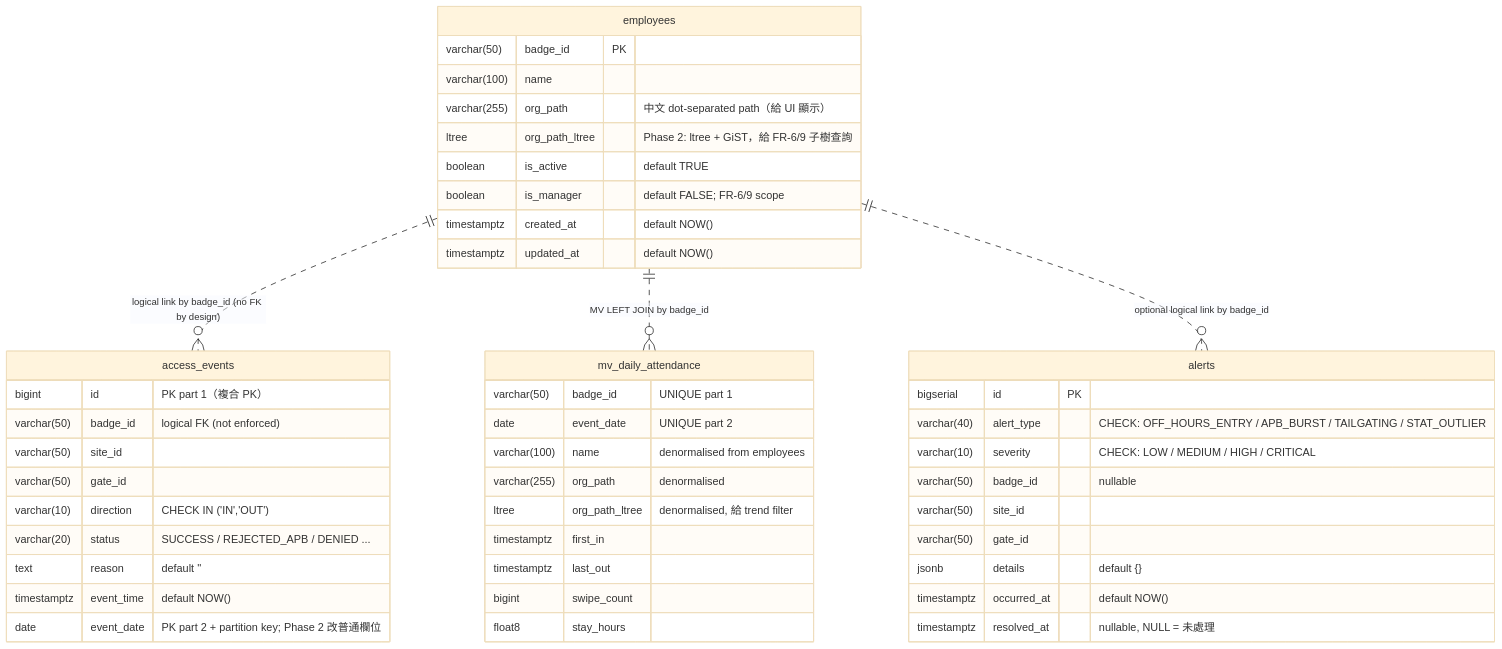
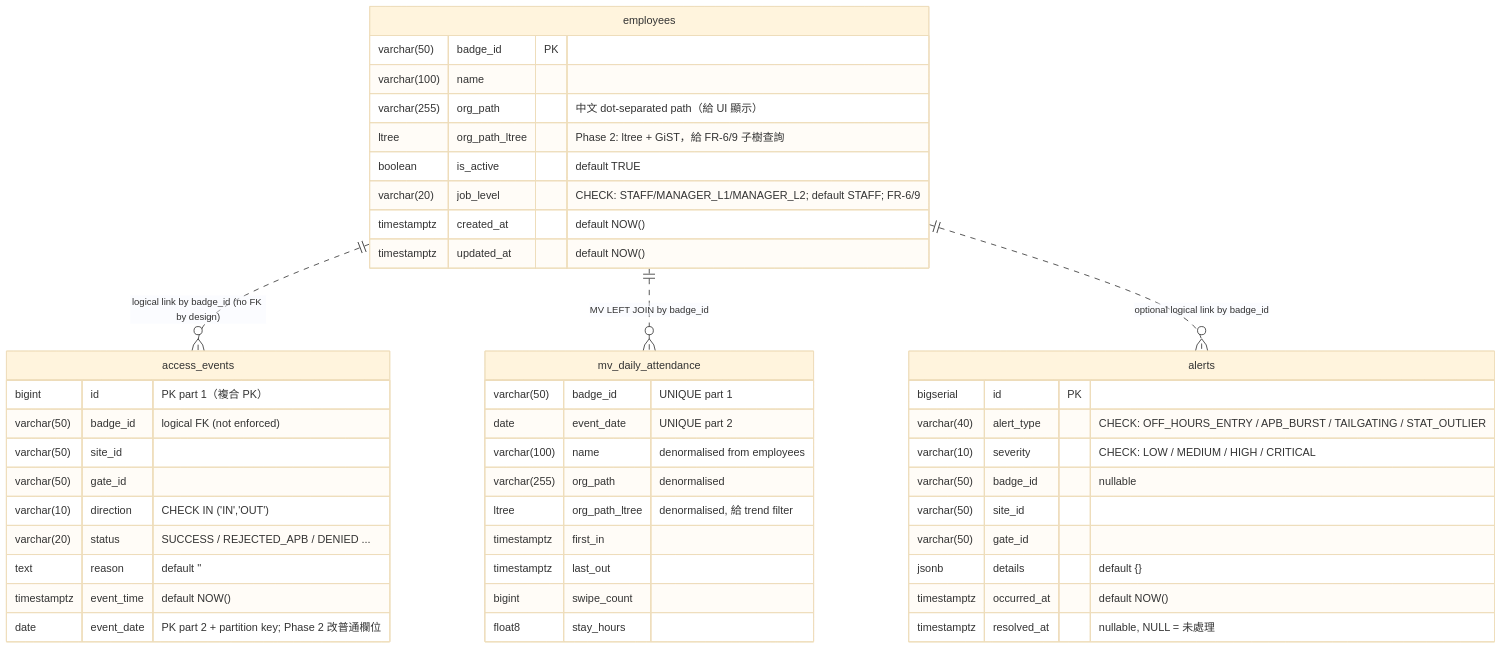
Before and after one commit to zychen1204/FP-PACS-system: the diagram in docs/database-erd.md, drawn with Mermaid (base theme). The commit also changed other lines of this file and 11 other files, not shown here.

First line of the commit message:
refactor(db)!: replace is_manager with job_level for multi-tier managers

````diff
--- a/docs/database-erd.md
+++ b/docs/database-erd.md
@@ -10,53 +10,53 @@
 ```mermaid
 erDiagram
     employees ||..o{ access_events : "logical link by badge_id (no FK by design)"
     employees ||..o{ mv_daily_attendance : "MV LEFT JOIN by badge_id"
     employees ||..o{ alerts : "optional logical link by badge_id"
 
     employees {
         varchar(50)  badge_id        PK
         varchar(100) name
         varchar(255) org_path        "中文 dot-separated path（給 UI 顯示）"
         ltree        org_path_ltree  "Phase 2: ltree + GiST，給 FR-6/9 子樹查詢"
         boolean      is_active       "default TRUE"
-        boolean      is_manager      "default FALSE; FR-6/9 scope"
+        varchar(20)  job_level       "CHECK: STAFF/MANAGER_L1/MANAGER_L2; default STAFF; FR-6/9"
         timestamptz  created_at      "default NOW()"
         timestamptz  updated_at      "default NOW()"
     }
 
     access_events {
         bigint       id              "PK part 1（複合 PK）"
         varchar(50)  badge_id        "logical FK (not enforced)"
         varchar(50)  site_id
         varchar(50)  gate_id
         varchar(10)  direction       "CHECK IN ('IN','OUT')"
         varchar(20)  status          "SUCCESS / REJECTED_APB / DENIED ..."
         text         reason          "default ''"
         timestamptz  event_time      "default NOW()"
         date         event_date      "PK part 2 + partition key; Phase 2 改普通欄位"
     }
 
     alerts {
         bigserial    id              PK
         varchar(40)  alert_type      "CHECK: OFF_HOURS_ENTRY / APB_BURST / TAILGATING / STAT_OUTLIER"
         varchar(10)  severity        "CHECK: LOW / MEDIUM / HIGH / CRITICAL"
         varchar(50)  badge_id        "nullable"
         varchar(50)  site_id
         varchar(50)  gate_id
         jsonb        details         "default {}"
         timestamptz  occurred_at     "default NOW()"
         timestamptz  resolved_at     "nullable, NULL = 未處理"
     }
 
     mv_daily_attendance {
         varchar(50)  badge_id        "UNIQUE part 1"
         date         event_date      "UNIQUE part 2"
         varchar(100) name            "denormalised from employees"
         varchar(255) org_path        "denormalised"
         ltree        org_path_ltree  "denormalised, 給 trend filter"
         timestamptz  first_in
         timestamptz  last_out
         bigint       swipe_count
         float8       stay_hours
     }
 ```
````
